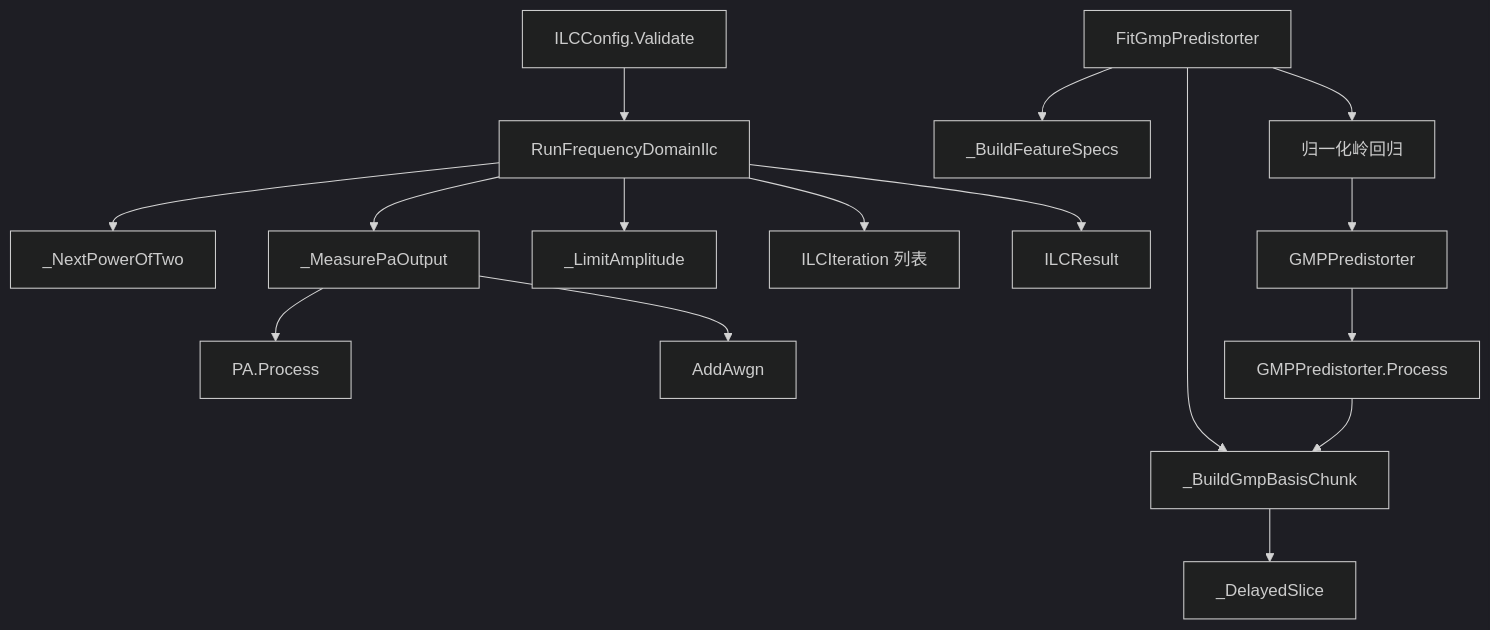
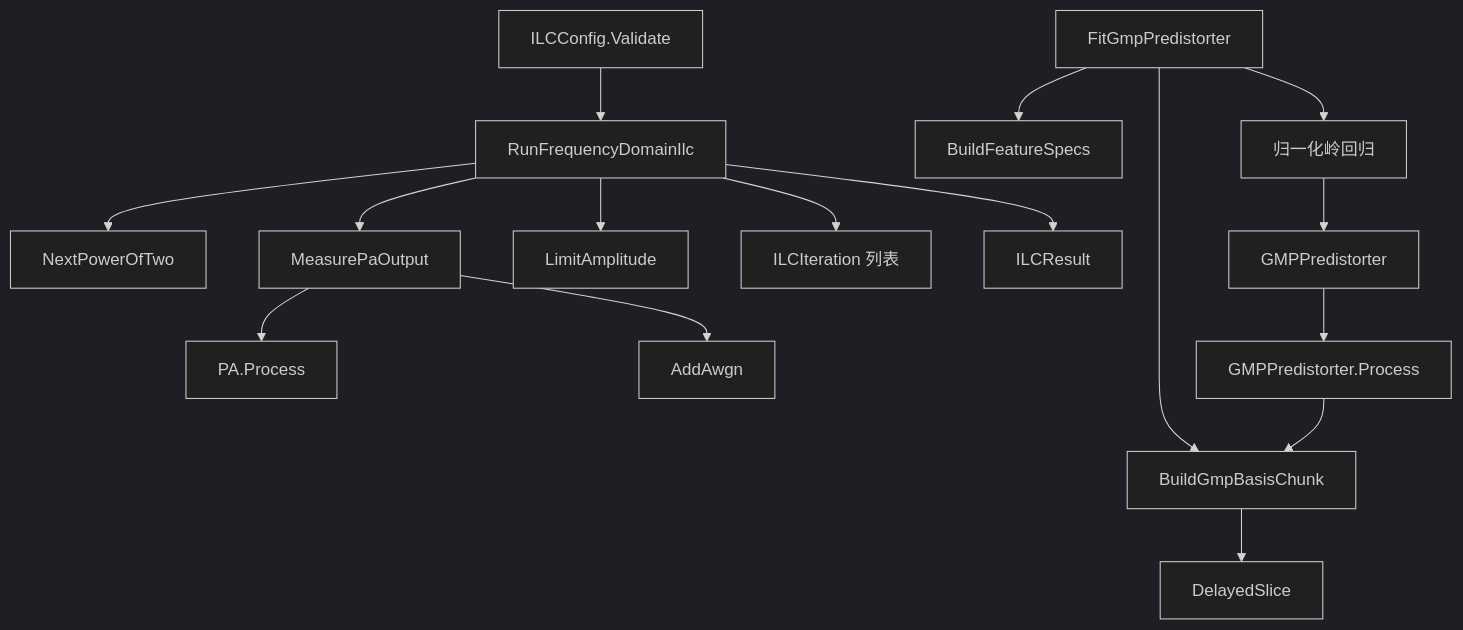
One commit to niyilu45/DPD_ILC changed the fourth of 10 diagrams in README.md. Above: the diagram before and after it, drawn with Mermaid (dark theme). The commit also changed other lines of this file and 13 other files, not shown here.

````diff
--- a/README.md
+++ b/README.md
@@ -176,19 +183,19 @@
 ```mermaid
 flowchart TD
     config["ILCConfig.Validate"] --> runFrequency["RunFrequencyDomainIlc"]
-    runFrequency --> nextFft["_NextPowerOfTwo"]
-    runFrequency --> measure["_MeasurePaOutput"]
-    runFrequency --> limit["_LimitAmplitude"]
+    runFrequency --> nextFft["NextPowerOfTwo"]
+    runFrequency --> measure["MeasurePaOutput"]
+    runFrequency --> limit["LimitAmplitude"]
     measure --> paProcess["PA.Process"]
     measure --> addNoise["AddAwgn"]
     runFrequency --> iteration["ILCIteration 列表"]
     runFrequency --> result["ILCResult"]
 
-    fitGmp["FitGmpPredistorter"] --> specs["_BuildFeatureSpecs"]
-    fitGmp --> basis["_BuildGmpBasisChunk"]
-    basis --> delayed["_DelayedSlice"]
+    fitGmp["FitGmpPredistorter"] --> specs["BuildFeatureSpecs"]
+    fitGmp --> basis["BuildGmpBasisChunk"]
+    basis --> delayed["DelayedSlice"]
     fitGmp --> ridge["归一化岭回归"]
     ridge --> predistorter["GMPPredistorter"]
     predistorter --> process["GMPPredistorter.Process"]
     process --> basis
 ```
````
